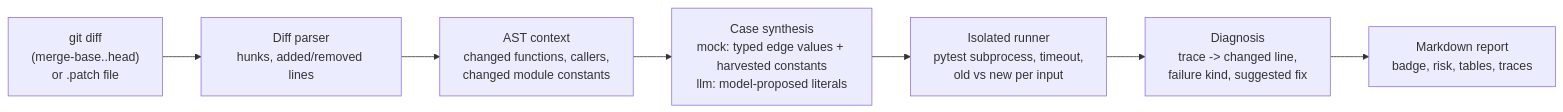
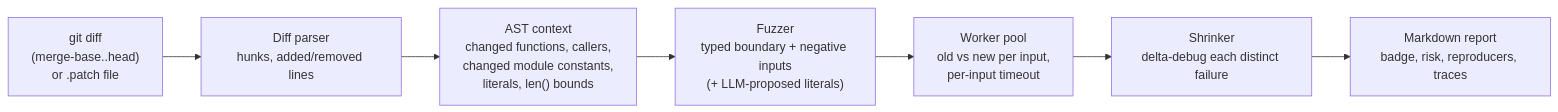
Before and after one commit to Tune-0-Matic/pr-sentinel: the first of 4 diagrams in ARCHITECTURE.md, drawn with Mermaid. The commit also changed other lines of this file and 15 other files, not shown here.

First line of the commit message:
Per-input worker isolation, AST boundary fuzzing and failure shrinking

````diff
--- a/ARCHITECTURE.md
+++ b/ARCHITECTURE.md
@@ -5,9 +5,9 @@
 ```mermaid
 flowchart LR
     A["git diff<br/>(merge-base..head)<br/>or .patch file"] --> B["Diff parser<br/>hunks, added/removed lines"]
-    B --> C["AST context<br/>changed functions, callers,<br/>changed module constants"]
-    C --> D["Case synthesis<br/>mock: typed edge values + harvested constants<br/>llm: model-proposed literals"]
-    D --> E["Isolated runner<br/>pytest subprocess, timeout,<br/>old vs new per input"]
-    E --> F["Diagnosis<br/>trace -> changed line,<br/>failure kind, suggested fix"]
-    F --> G["Markdown report<br/>badge, risk, tables, traces"]
+    B --> C["AST context<br/>changed functions, callers,<br/>changed module constants,<br/>literals, len() bounds"]
+    C --> D["Fuzzer<br/>typed boundary + negative inputs<br/>(+ LLM-proposed literals)"]
+    D --> E["Worker pool<br/>old vs new per input,<br/>per-input timeout"]
+    E --> F["Shrinker<br/>delta-debug each distinct failure"]
+    F --> G["Markdown report<br/>badge, risk, reproducers, traces"]
 ```
````
